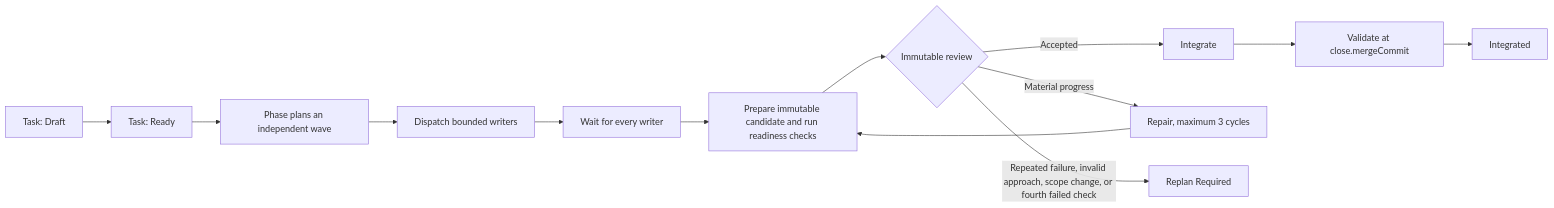
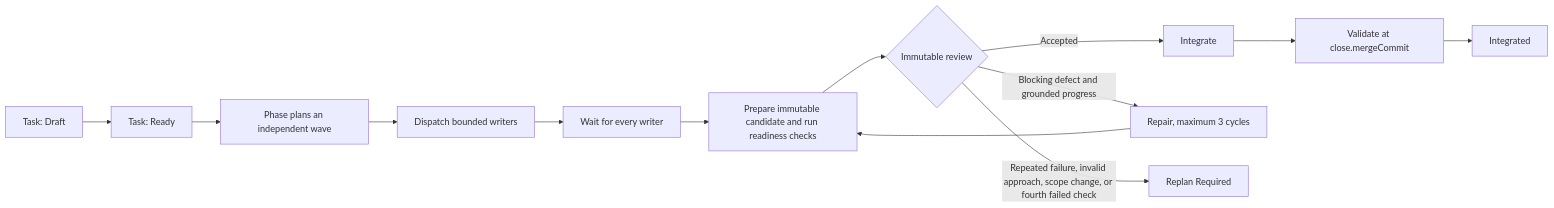
One commit to UnioGame/lemmings.ai changed the second of 2 diagrams in README.md. Above: the diagram before and after it, drawn with Mermaid. The commit also changed other lines of this file and 21 other files, not shown here.

````diff
--- a/README.md
+++ b/README.md
@@ -35,15 +35,15 @@
 ```mermaid
 flowchart LR
   A[Task: Draft] --> B[Task: Ready]
   B --> C[Phase plans an independent wave]
   C --> D[Dispatch bounded writers]
   D --> E[Wait for every writer]
   E --> F[Prepare immutable candidate and run readiness checks]
   F --> G{Immutable review}
   G -->|Accepted| H[Integrate]
   H --> I[Validate at close.mergeCommit]
   I --> J[Integrated]
-  G -->|Material progress| K[Repair, maximum 3 cycles]
+  G -->|Blocking defect and grounded progress| K[Repair, maximum 3 cycles]
   K --> F
   G -->|Repeated failure, invalid approach, scope change, or fourth failed check| L[Replan Required]
 ```
````
